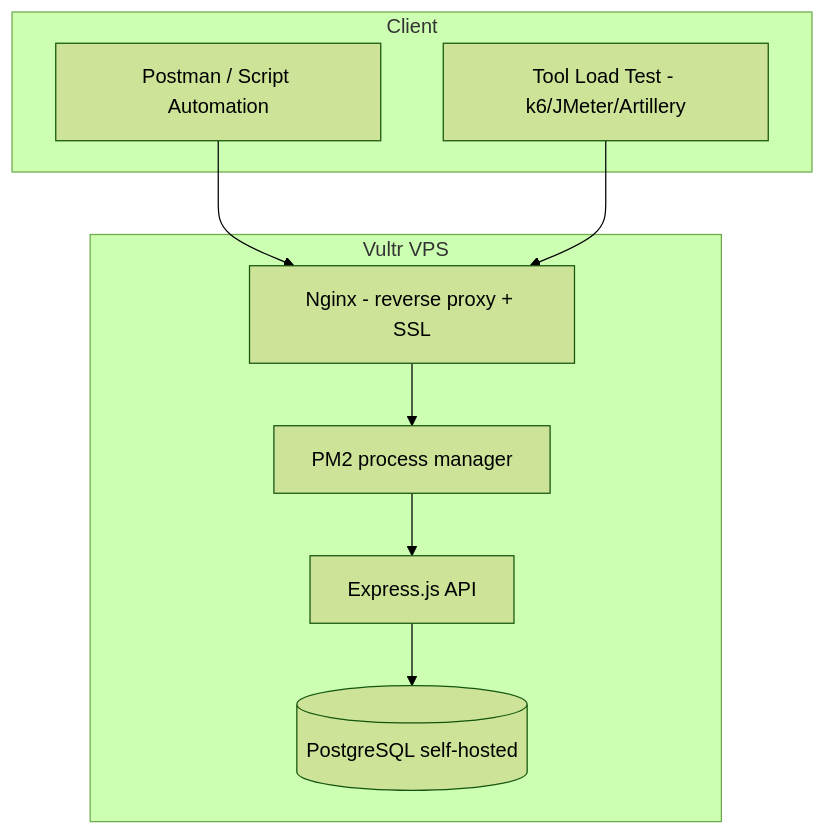
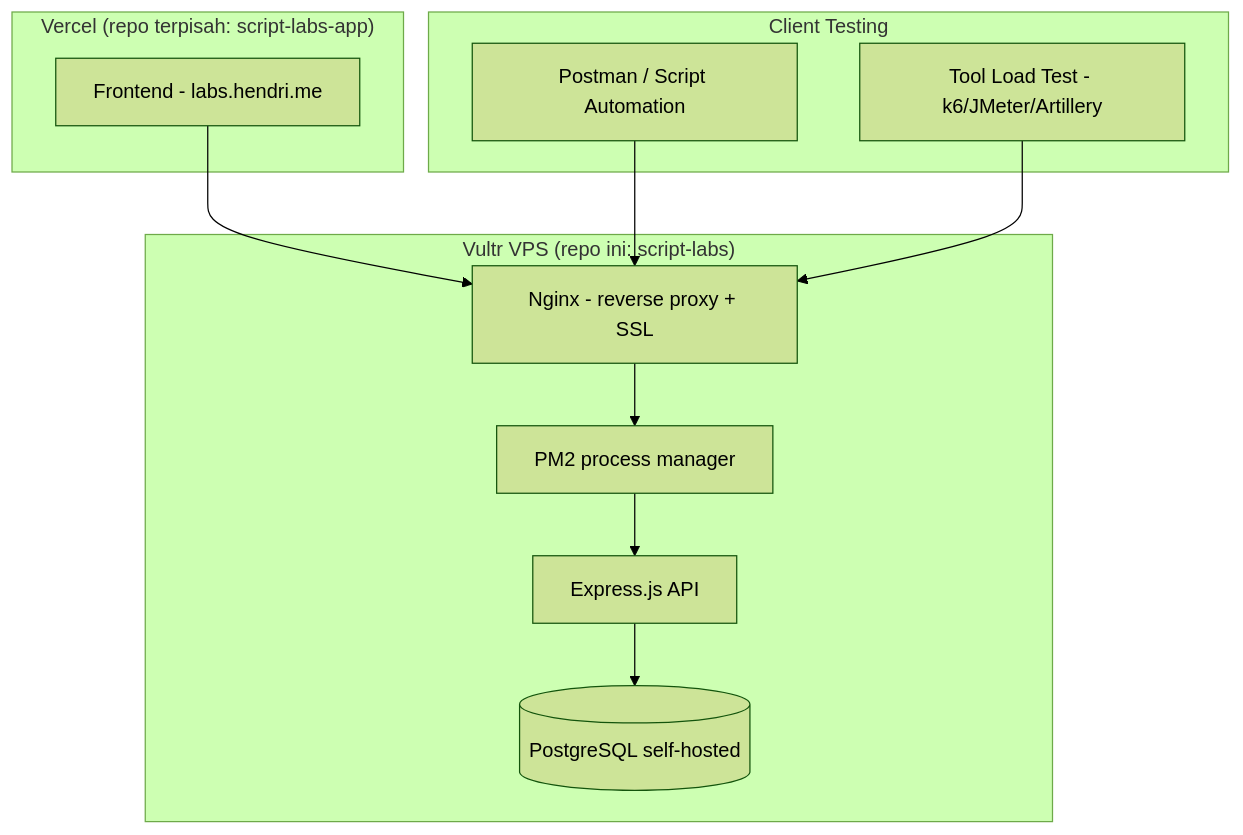
Before and after one commit to Hendrich/script-labs: the first of 2 diagrams in docs/SYSTEM_ARCHITECTURE_V2.md, drawn with Mermaid (forest theme). The commit also changed other lines of this file and 5 other files, not shown here.

First line of the commit message:
Koreksi docs: frontend ada di repo terpisah, bukan tidak ada sama sekali

````diff
--- a/docs/SYSTEM_ARCHITECTURE_V2.md
+++ b/docs/SYSTEM_ARCHITECTURE_V2.md
@@ -18,20 +20,25 @@
 ```mermaid
 graph TB
-    subgraph "Client"
+    subgraph "Vercel (repo terpisah: script-labs-app)"
+        FE[Frontend - labs.hendri.me]
+    end
+
+    subgraph "Client Testing"
         POSTMAN[Postman / Script Automation]
         LOADTEST[Tool Load Test - k6/JMeter/Artillery]
     end
 
-    subgraph "Vultr VPS"
+    subgraph "Vultr VPS (repo ini: script-labs)"
         NGINX[Nginx - reverse proxy + SSL]
         PM2[PM2 process manager]
         API[Express.js API]
         PG[(PostgreSQL self-hosted)]
     end
 
+    FE --> NGINX
     POSTMAN --> NGINX
     LOADTEST --> NGINX
     NGINX --> PM2
     PM2 --> API
     API --> PG
 ```
````
